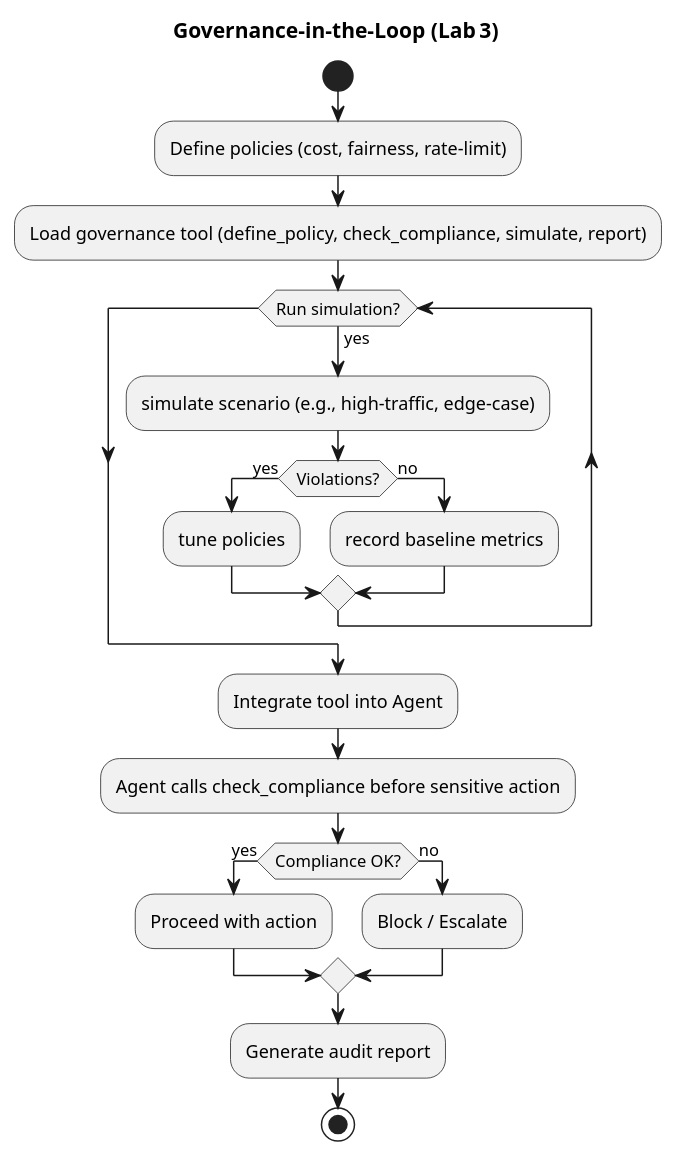
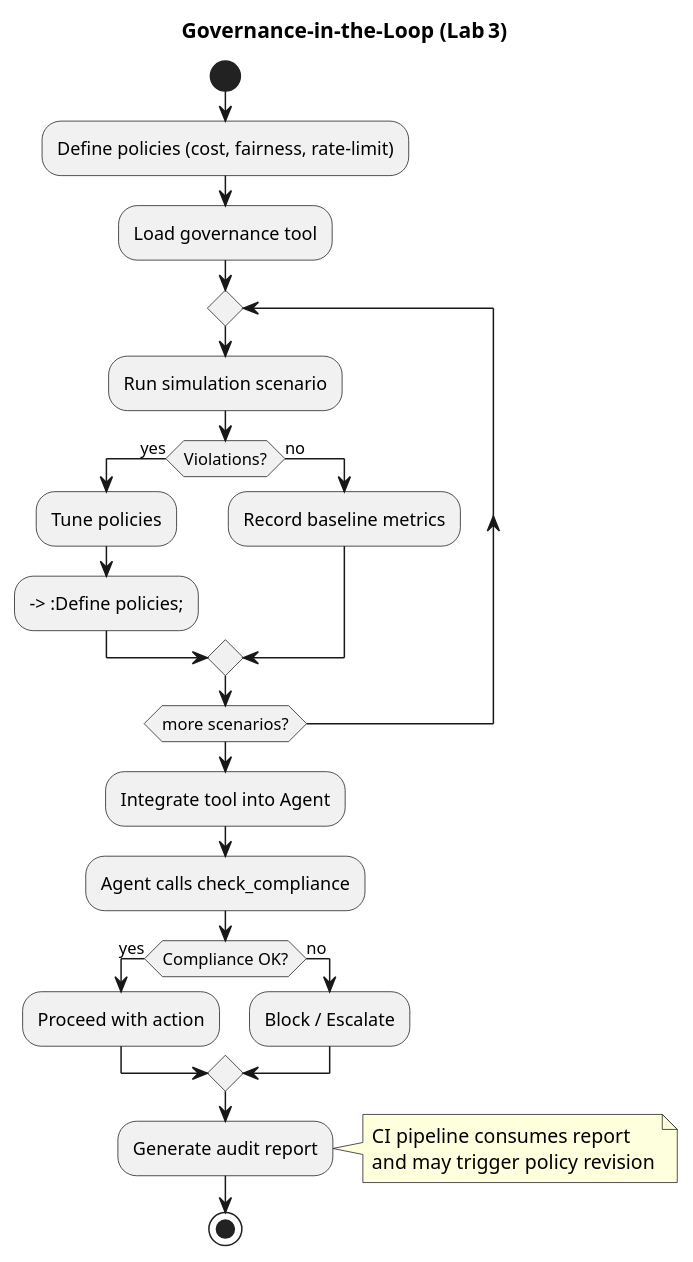
One commit to InquiryInstitute/AIPA changed the diagram in aipa/llm-elevated/ch11-lecture-08.adoc. Above: the diagram before and after it, drawn with PlantUML. The commit also changed other lines of this file and 128 other files, not shown here.

```diff
--- a/aipa/llm-elevated/ch11-lecture-08.adoc
+++ b/aipa/llm-elevated/ch11-lecture-08.adoc
@@ -155,27 +203,30 @@
 [plantuml,ch11-l08,png,theme=sketchy-outline]
 ....
 @startuml
-title Governance‑in‑the‑Loop (Lab 3)
+title <b>Governance‑in‑the‑Loop (Lab 3)</b>
 
 start
 :Define policies (cost, fairness, rate‑limit);
-:Load governance tool (define_policy, check_compliance, simulate, report);
-while (Run simulation?) is (yes)
-  :simulate scenario (e.g., high‑traffic, edge‑case);
+:Load governance tool;
+repeat
+  :Run simulation scenario;
   if (Violations?) then (yes)
-    :tune policies;
+    :Tune policies;
+    --> :Define policies;
   else (no)
-    :record baseline metrics;
+    :Record baseline metrics;
   endif
-endwhile
+repeat while (more scenarios?)
+
 :Integrate tool into Agent;
-:Agent calls check_compliance before sensitive action;
+:Agent calls check_compliance;
 if (Compliance OK?) then (yes)
   :Proceed with action;
 else (no)
   :Block / Escalate;
 endif
 :Generate audit report;
+note right: CI pipeline consumes report\nand may trigger policy revision
 stop
 @enduml
 ....
```
